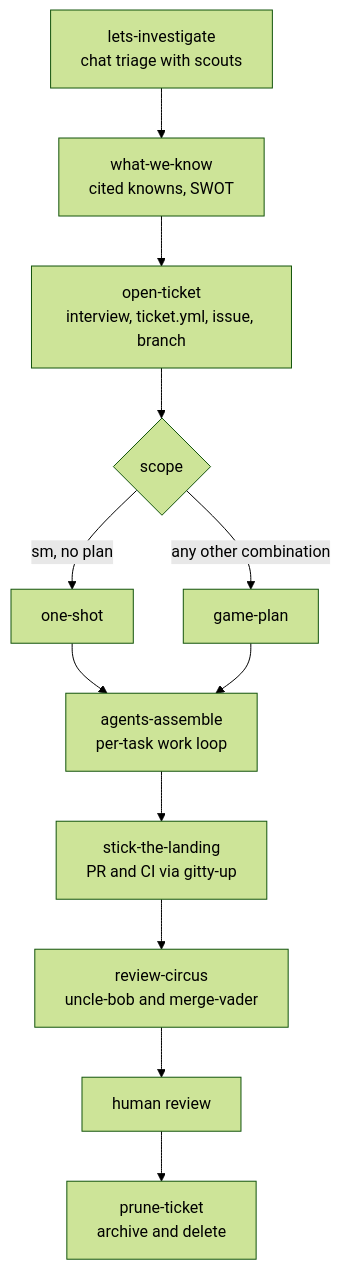
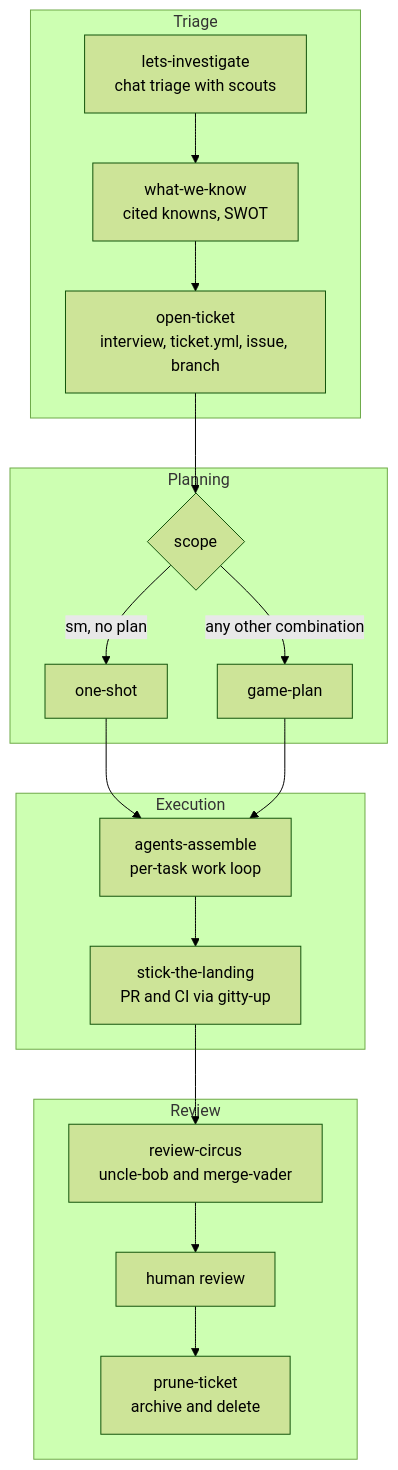
The diagram in plugins/mightymodels/README.md (rhawk117/rygentic-harness), drawn with Mermaid (forest theme) before and after one commit. The commit also changed other lines of this file and 4 other files, not shown here.

````diff
--- a/plugins/mightymodels/README.md
+++ b/plugins/mightymodels/README.md
@@ -42,14 +55,22 @@
 ```mermaid
 flowchart TD
-    A["lets-investigate\nchat triage with scouts"] --> B["what-we-know\ncited knowns, SWOT"]
-    B --> C["open-ticket\ninterview, ticket.yml, issue, branch"]
-    C --> D{scope}
-    D -->|"sm, no plan"| E["one-shot"]
-    D -->|"any other combination"| F["game-plan"]
-    E --> G["agents-assemble\nper-task work loop"]
-    F --> G
-    G --> H["stick-the-landing\nPR and CI via gitty-up"]
-    H --> I["review-circus\nuncle-bob and merge-vader"]
-    I --> J["human review"]
-    J --> K["prune-ticket\narchive and delete"]
+    subgraph Triage
+        A["lets-investigate\nchat triage with scouts"] --> B["what-we-know\ncited knowns, SWOT"]
+        B --> C["open-ticket\ninterview, ticket.yml, issue, branch"]
+    end
+    subgraph Planning
+        C --> D{scope}
+        D -->|"sm, no plan"| E["one-shot"]
+        D -->|"any other combination"| F["game-plan"]
+    end
+    subgraph Execution
+        E --> G["agents-assemble\nper-task work loop"]
+        F --> G
+        G --> H["stick-the-landing\nPR and CI via gitty-up"]
+    end
+    subgraph Review
+        H --> I["review-circus\nuncle-bob and merge-vader"]
+        I --> J["human review"]
+        J --> K["prune-ticket\narchive and delete"]
+    end
 ```
````
